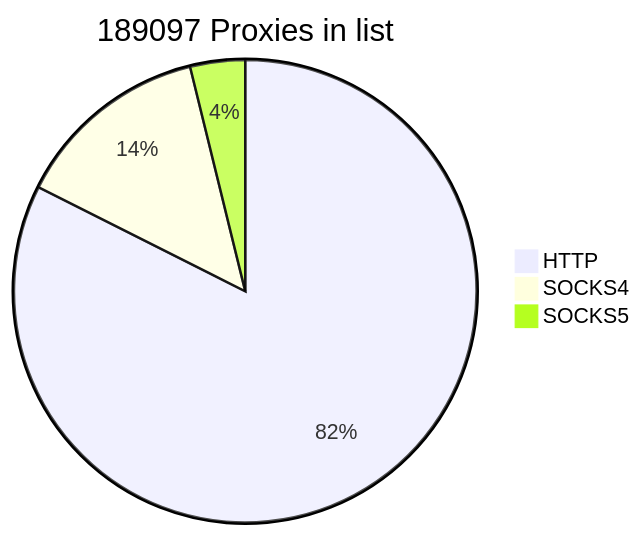
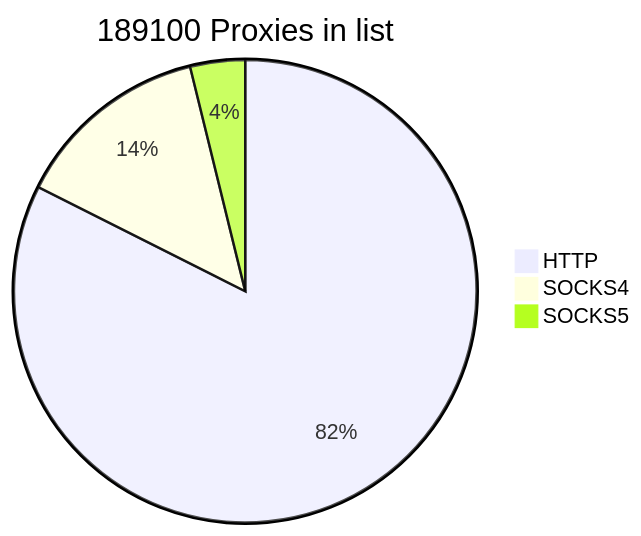
The first of 2 diagrams in README.md (cutipu/proxylist), drawn with Mermaid before and after one commit. The commit also changed other lines of this file, not shown here.

````diff
--- a/README.md
+++ b/README.md
@@ -2,7 +2,7 @@
 ```mermaid
-pie title 189097 Proxies in list
+pie title 189100 Proxies in list
     "HTTP" : 155860
-    "SOCKS4" : 25985
-    "SOCKS5" : 7252
+    "SOCKS4" : 25989
+    "SOCKS5" : 7251
             
 ```
````
